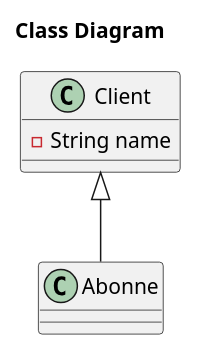
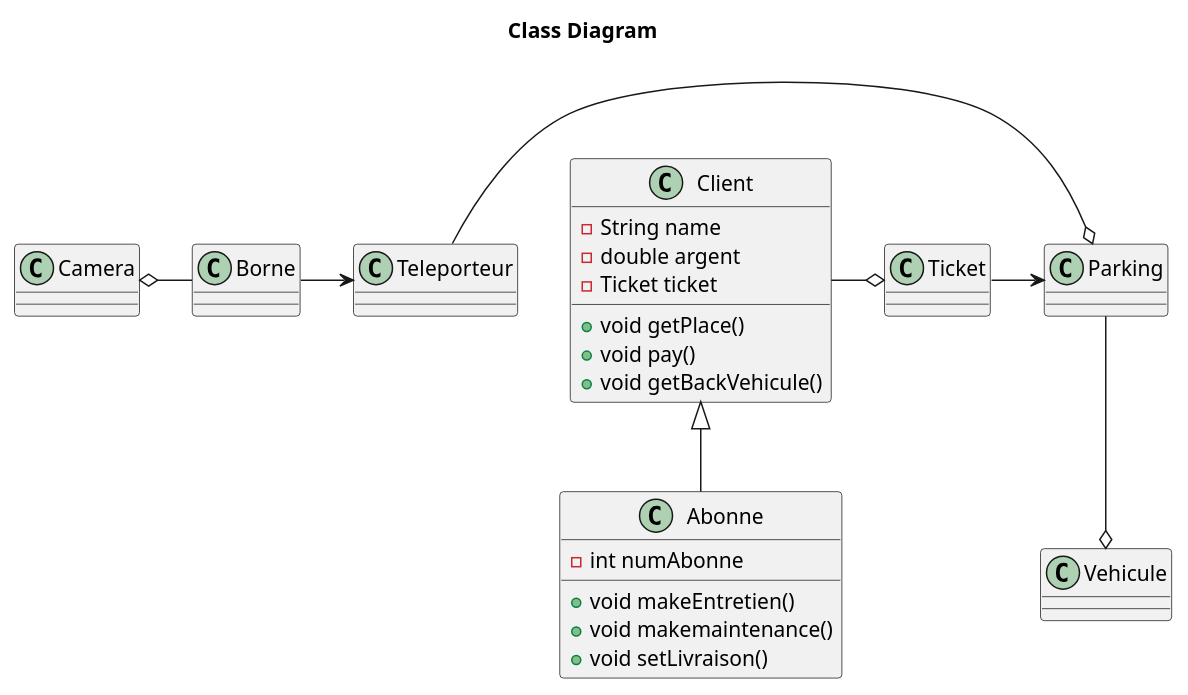
Before and after one commit to YoannGa/PTUT2018: the diagram in Documentation/class.pu, drawn with PlantUML. The commit also changed 1 other file, not shown here.

```diff
--- a/Documentation/class.pu
+++ b/Documentation/class.pu
@@ -1,15 +1,54 @@
 @startuml
 
 title Class Diagram
 
 
 class Client {
   - String name
+  - double argent
+  - Ticket ticket
+  +void getPlace()
+  +void pay()
+  +void getBackVehicule()
 }
 
 class Abonne {
+  -int numAbonne
+  +void makeEntretien()
+  +void makemaintenance()
+  +void setLivraison()
+}
+
+class Teleporteur{
 
 }
 
+class Parking{
+
+}
+
+class Borne{
+
+}
+
+class Camera{
+
+
+}
+
+class Vehicule{
+
+}
+
+class Ticket{
+
+}
+
+Parking --o Vehicule
+Ticket -> Parking
+Client -o Ticket
 Client <|-- Abonne
+Borne -> Teleporteur
+Camera o- Borne
+Teleporteur -o Parking
 @enduml
```
